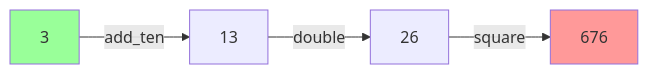
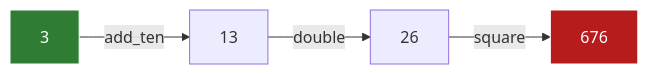
One commit to specialized806/jaseci changed the diagram in jac/examples/reference/pipe_expressions.md. Above: the diagram before and after it, drawn with Mermaid. The commit also changed 13 other files, not shown here.

Commit message:
imporve spec diagram styles

````diff
--- a/jac/examples/reference/pipe_expressions.md
+++ b/jac/examples/reference/pipe_expressions.md
@@ -48,9 +48,9 @@
 ```mermaid
 graph LR
     A[3] -->|add_ten| B[13]
     B -->|double| C[26]
     C -->|square| D[676]
 
-    style A fill:#9f9
-    style D fill:#f99
+    style A fill:#2e7d32,stroke:#fff,color:#fff
+    style D fill:#b71c1c,stroke:#fff,color:#fff
 ```
````
